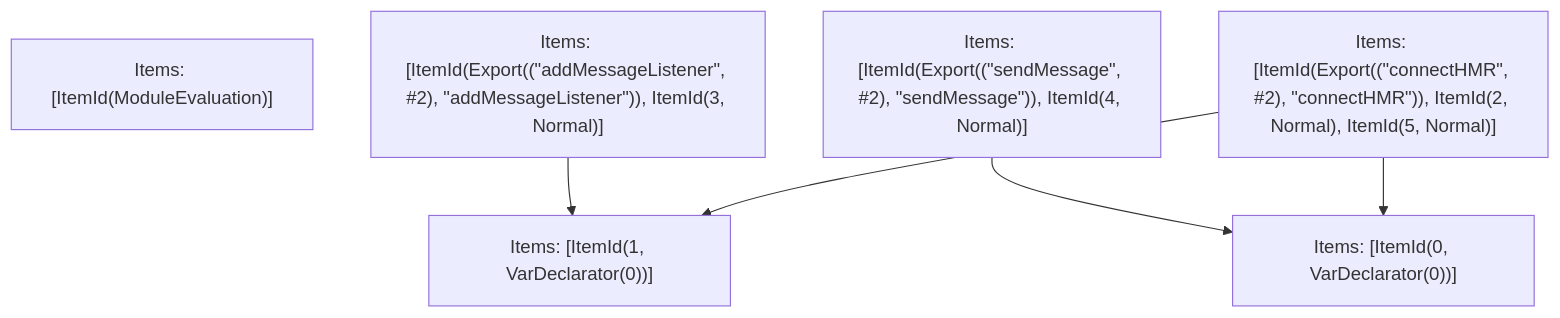
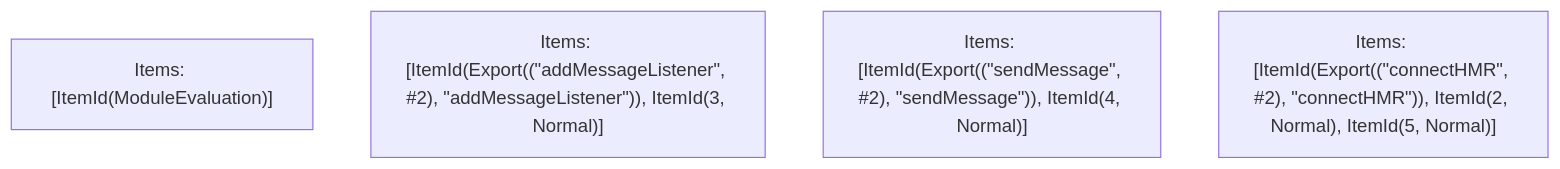
Before and after one commit to vercel/turborepo: the fifth of 5 diagrams in crates/turbopack-ecmascript/tests/tree-shaker/analyzer/failed-1/output.md, drawn with Mermaid. The commit also changed other lines of this file and 20 other files, not shown here.

````diff
--- a/crates/turbopack-ecmascript/tests/tree-shaker/analyzer/failed-1/output.md
+++ b/crates/turbopack-ecmascript/tests/tree-shaker/analyzer/failed-1/output.md
@@ -218,13 +210,7 @@
 ```mermaid
 graph TD
     N0["Items: [ItemId(ModuleEvaluation)]"];
     N1["Items: [ItemId(Export((&quot;addMessageListener&quot;, #2), &quot;addMessageListener&quot;)), ItemId(3, Normal)]"];
     N2["Items: [ItemId(Export((&quot;sendMessage&quot;, #2), &quot;sendMessage&quot;)), ItemId(4, Normal)]"];
     N3["Items: [ItemId(Export((&quot;connectHMR&quot;, #2), &quot;connectHMR&quot;)), ItemId(2, Normal), ItemId(5, Normal)]"];
-    N4["Items: [ItemId(0, VarDeclarator(0))]"];
-    N5["Items: [ItemId(1, VarDeclarator(0))]"];
-    N1 --> N5;
-    N2 --> N4;
-    N3 --> N4;
-    N3 --> N5;
 ```
````
